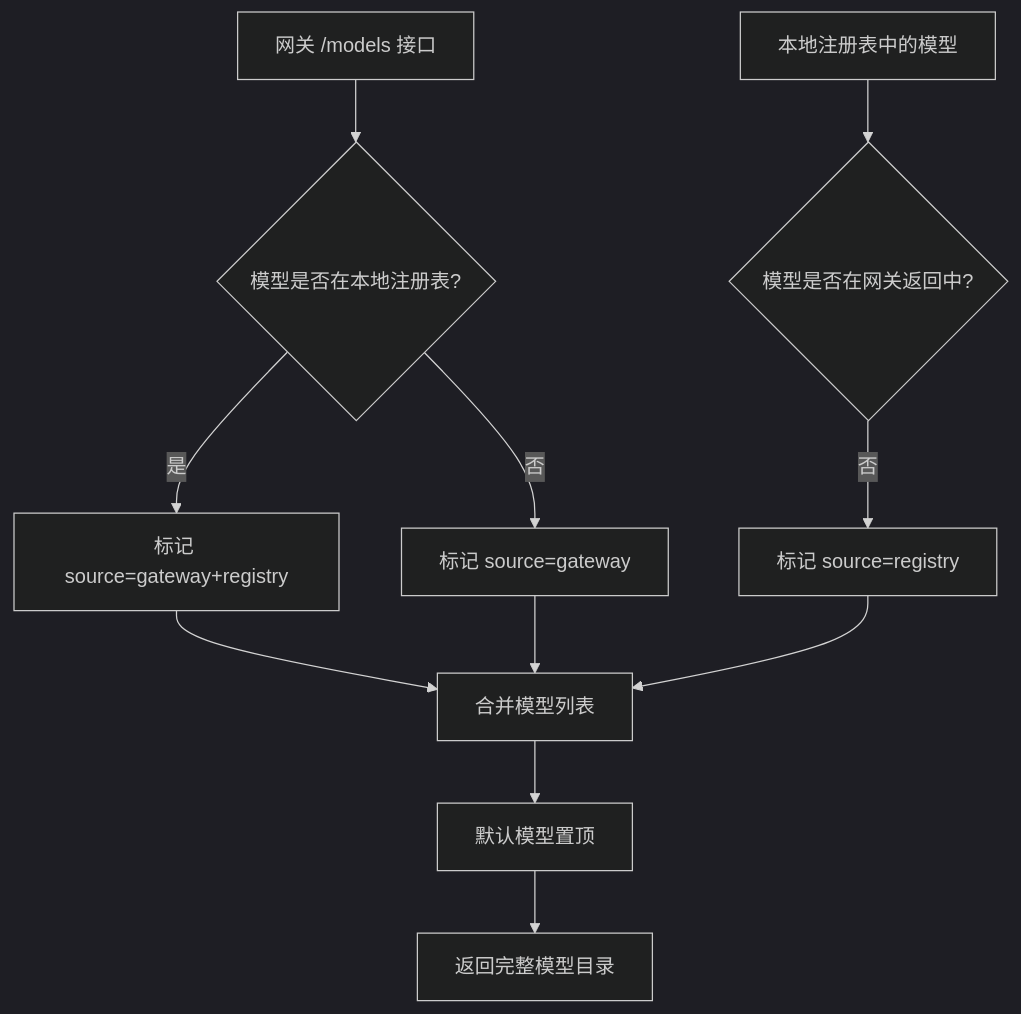
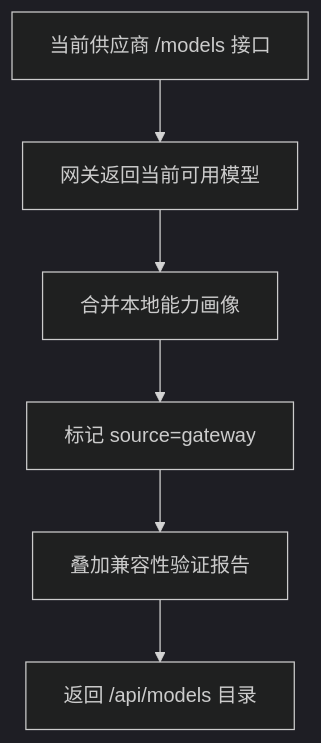
The second of 9 diagrams in docs/technical/05-LLM故事生成引擎.md (userzeng111/agentProject), drawn with Mermaid (dark theme) before and after one commit. The commit also changed other lines of this file and 72 other files, not shown here.

````diff
--- a/docs/technical/05-LLM故事生成引擎.md
+++ b/docs/technical/05-LLM故事生成引擎.md
@@ -202,13 +202,8 @@
 ```mermaid
 flowchart TD
-    A[网关 /models 接口] --> B{模型是否在本地注册表?}
-    B -->|是| C[标记 source=gateway+registry]
-    B -->|否| D[标记 source=gateway]
-    E[本地注册表中的模型] --> F{模型是否在网关返回中?}
-    F -->|否| G[标记 source=registry]
-    C --> H[合并模型列表]
-    D --> H
-    G --> H
-    H --> I[默认模型置顶]
-    I --> J[返回完整模型目录]
+    A[当前供应商 /models 接口] --> B[网关返回当前可用模型]
+    B --> C[合并本地能力画像]
+    C --> D[标记 source=gateway]
+    D --> E[叠加兼容性验证报告]
+    E --> F[返回 /api/models 目录]
 ```
````
